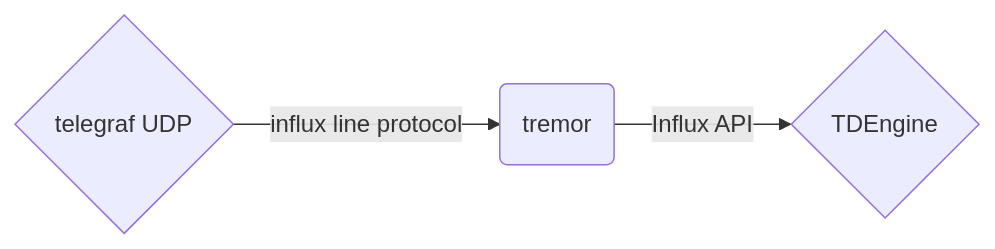
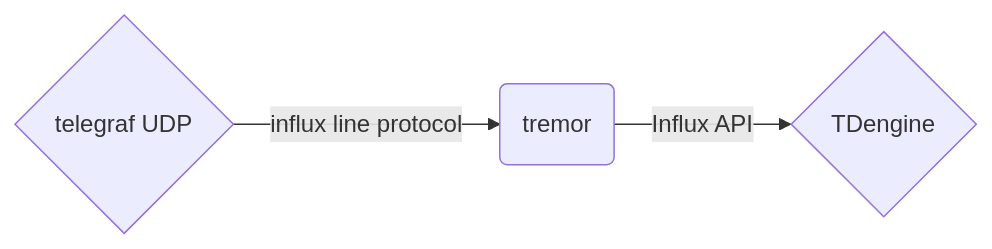
Before and after one commit to tremor-rs/tremor-www: the second of 2 diagrams in docs/guides/metrics.md, drawn with Mermaid. The commit also changed other lines of this file and 2 other files, not shown here.

Commit message:
Update tdengine demo

````diff
--- a/docs/guides/metrics.md
+++ b/docs/guides/metrics.md
@@ -533,5 +533,5 @@
 ```mermaid
 graph LR
     A{telegraf UDP} -->|influx line protocol| B(tremor)
-    B -->|Influx API| C{TDEngine}
+    B -->|Influx API| C{TDengine}
 ```
````
